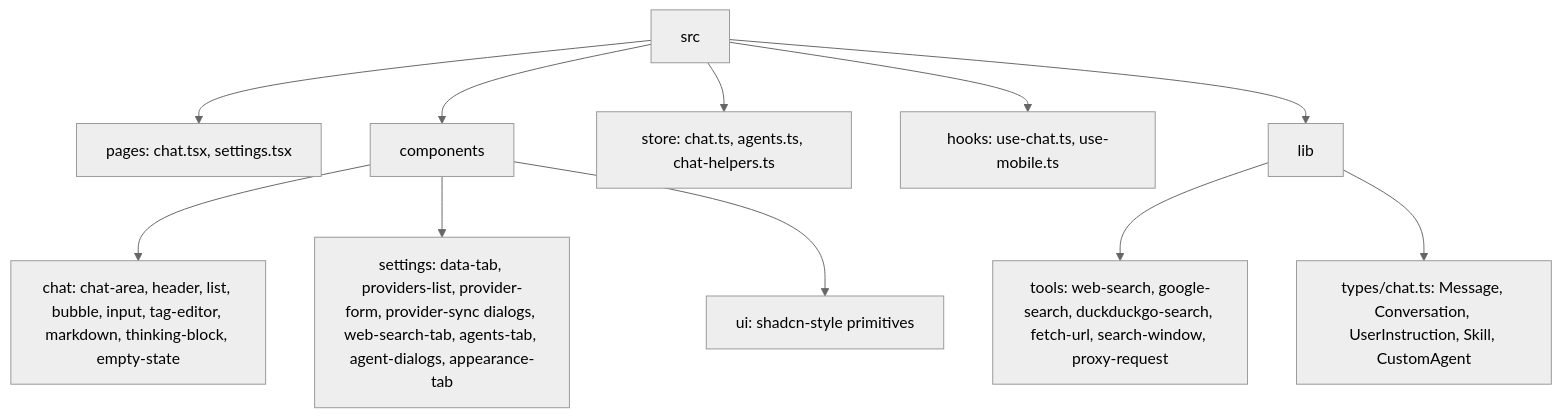
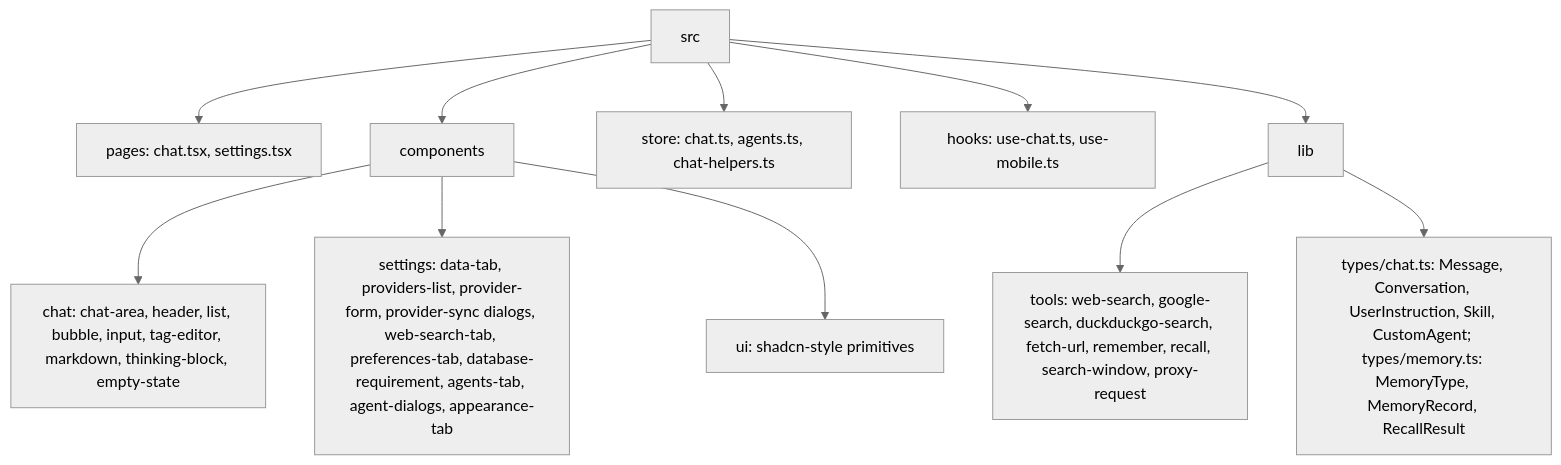
One commit to im4aLL/personal-agent changed the seventh of 11 diagrams in ARCHITECTURE.md. Above: the diagram before and after it, drawn with Mermaid (neutral theme). The commit also changed other lines of this file and 13 other files, not shown here.

Commit message:
Add opt-in agent memory with remember and recall tools

````diff
--- a/ARCHITECTURE.md
+++ b/ARCHITECTURE.md
@@ -275,13 +281,13 @@
 ```mermaid
 flowchart TD
     SRC[src] --> PAGES[pages: chat.tsx, settings.tsx]
     SRC --> COMP[components]
     SRC --> STORE[store: chat.ts, agents.ts, chat-helpers.ts]
     SRC --> HOOKS[hooks: use-chat.ts, use-mobile.ts]
     SRC --> LIB[lib]
     COMP --> CHAT[chat: chat-area, header, list, bubble, input, tag-editor, markdown, thinking-block, empty-state]
-    COMP --> SET[settings: data-tab, providers-list, provider-form, provider-sync dialogs, web-search-tab, agents-tab, agent-dialogs, appearance-tab]
+    COMP --> SET[settings: data-tab, providers-list, provider-form, provider-sync dialogs, web-search-tab, preferences-tab, database-requirement, agents-tab, agent-dialogs, appearance-tab]
     COMP --> UI[ui: shadcn-style primitives]
-    LIB --> TOOLS[tools: web-search, google-search, duckduckgo-search, fetch-url, search-window, proxy-request]
-    LIB --> TYPES[types/chat.ts: Message, Conversation, UserInstruction, Skill, CustomAgent]
+    LIB --> TOOLS[tools: web-search, google-search, duckduckgo-search, fetch-url, remember, recall, search-window, proxy-request]
+    LIB --> TYPES[types/chat.ts: Message, Conversation, UserInstruction, Skill, CustomAgent; types/memory.ts: MemoryType, MemoryRecord, RecallResult]
 ```
````
